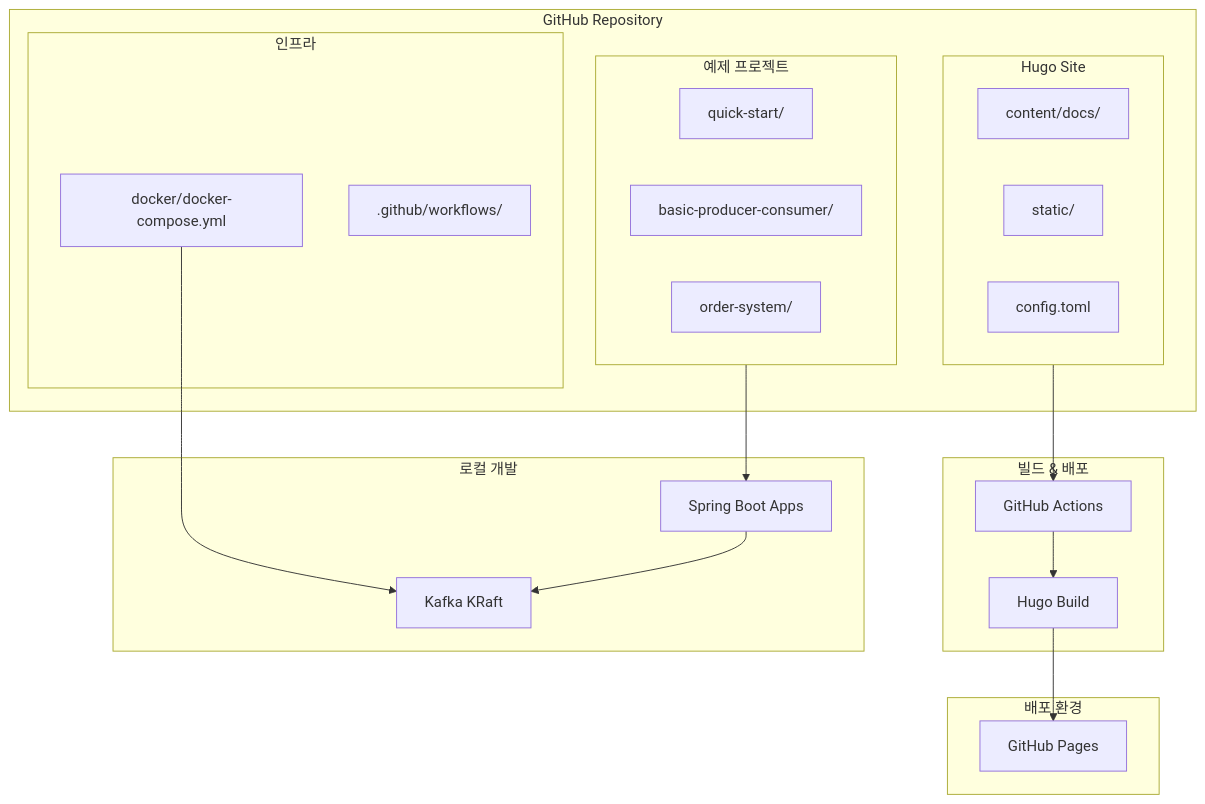
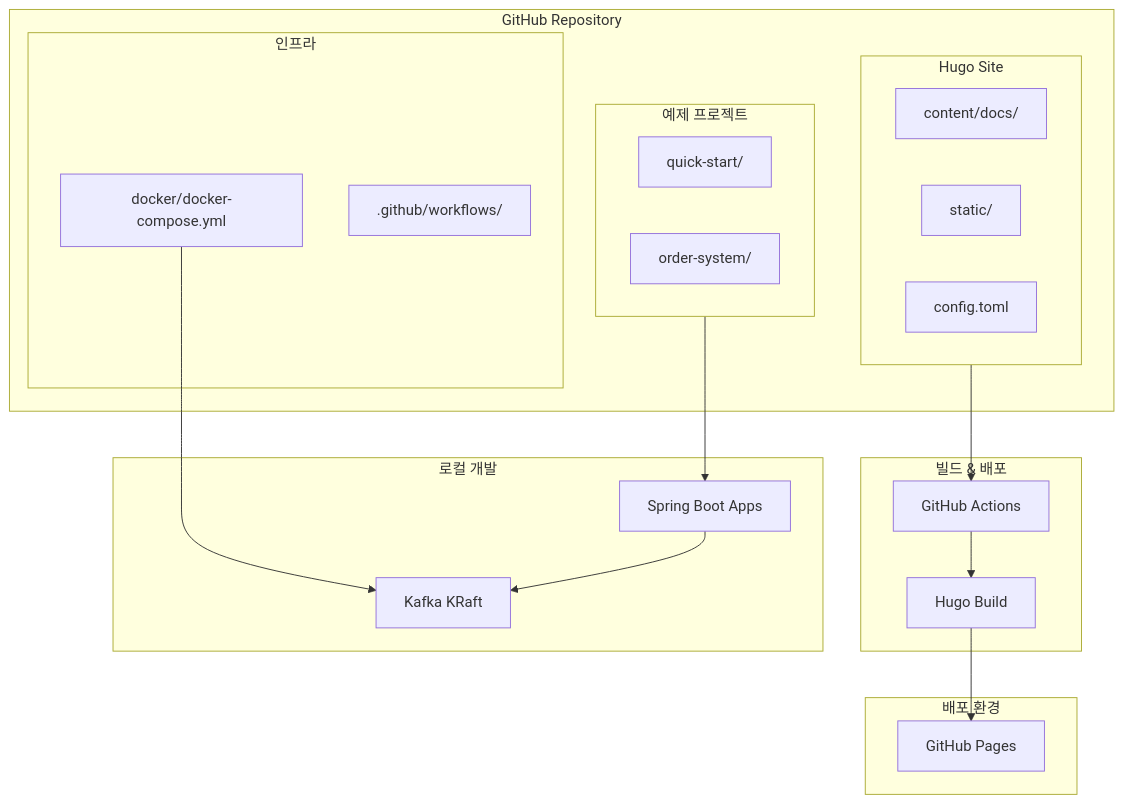
One commit to kimbenji/kafka-101 changed the first of 2 diagrams in docs/architecture.md. Above: the diagram before and after it, drawn with Mermaid. The commit also changed other lines of this file and 15 other files, not shown here.

````diff
--- a/docs/architecture.md
+++ b/docs/architecture.md
@@ -35,43 +35,42 @@
 ```mermaid
 flowchart TB
     subgraph Repository[GitHub Repository]
         subgraph Hugo[Hugo Site]
             CONTENT[content/docs/]
             STATIC[static/]
             CONFIG[config.toml]
         end
 
         subgraph Examples[예제 프로젝트]
             QS[quick-start/]
-            BASIC[basic-producer-consumer/]
-            ORDER[order-system/]
+                        ORDER[order-system/]
         end
 
         subgraph Infra[인프라]
             DOCKER[docker/docker-compose.yml]
             GHA[.github/workflows/]
         end
     end
 
     subgraph Build[빌드 & 배포]
         GA[GitHub Actions]
         HUGO_BUILD[Hugo Build]
     end
 
     subgraph Deploy[배포 환경]
         PAGES[GitHub Pages]
     end
 
     subgraph Local[로컬 개발]
         KAFKA[Kafka KRaft]
         SPRING[Spring Boot Apps]
     end
 
     Hugo --> GA
     GA --> HUGO_BUILD
     HUGO_BUILD --> PAGES
 
     DOCKER --> KAFKA
     Examples --> SPRING
     SPRING --> KAFKA
 ```
````
